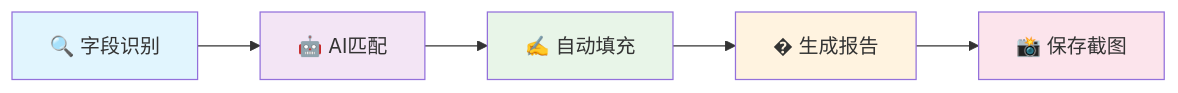
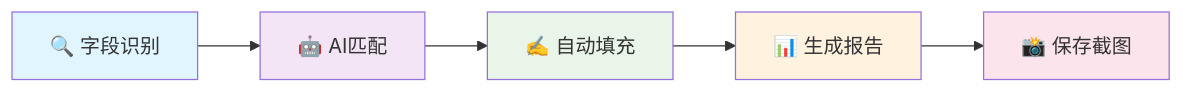
One commit to GalaxyKB/RESUME_SKILL changed the first of 3 diagrams in README.md. Above: the diagram before and after it, drawn with Mermaid. The commit also changed other lines of this file, not shown here.

````diff
--- a/README.md
+++ b/README.md
@@ -585,13 +574,13 @@
 ```mermaid
 graph LR
     A[🔍 字段识别] --> B[🤖 AI匹配]
     B --> C[✍️ 自动填充]  
-    C --> D[� 生成报告]
+    C --> D[📊 生成报告]
     D --> E[📸 保存截图]
     
     style A fill:#e1f5fe
     style B fill:#f3e5f5  
     style C fill:#e8f5e8
     style D fill:#fff3e0
     style E fill:#fce4ec
 ```
````
